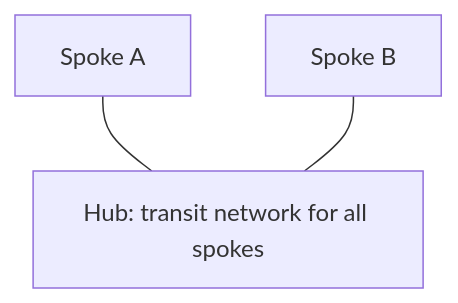
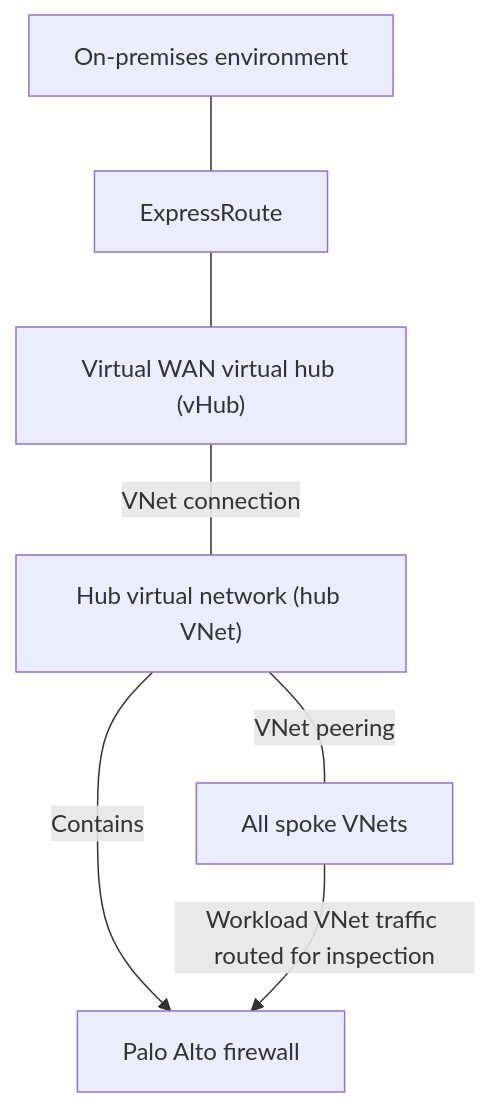
One commit to santosrodriguez/cloud-platform-documentation changed the first of 2 diagrams in architecture/hub-and-spoke-network.md. Above: the diagram before and after it, drawn with Mermaid. The commit also changed other lines of this file and 5 other files, not shown here.

Commit message:
Document Virtual WAN and hub VNet topology

````diff
--- a/architecture/hub-and-spoke-network.md
+++ b/architecture/hub-and-spoke-network.md
@@ -25,6 +28,9 @@
 ```mermaid
 flowchart TD
-    hub["Hub: transit network for all spokes"]
-    spokeA["Spoke A"] --- hub
-    spokeB["Spoke B"] --- hub
+    onPrem["On-premises environment"] --- expressRoute["ExpressRoute"]
+    expressRoute --- vhub["Virtual WAN virtual hub (vHub)"]
+    vhub ---|"VNet connection"| hubVnet["Hub virtual network (hub VNet)"]
+    hubVnet -->|"Contains"| firewall["Palo Alto firewall"]
+    hubVnet ---|"VNet peering"| spokes["All spoke VNets"]
+    spokes -->|"Workload VNet traffic routed for inspection"| firewall
 ```
````
